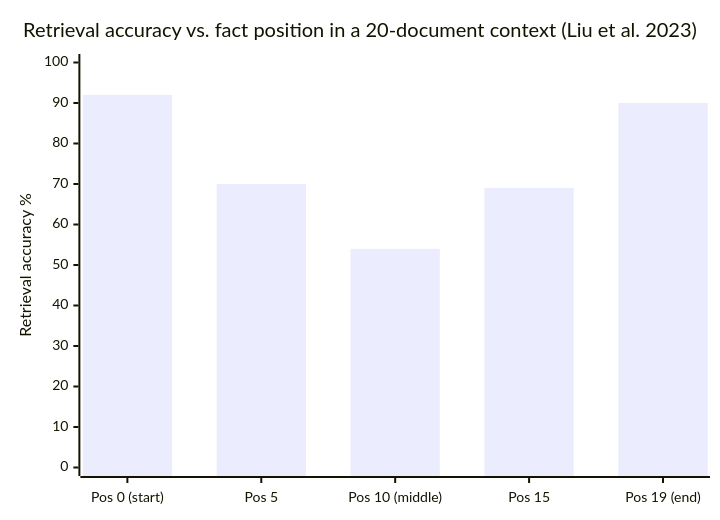
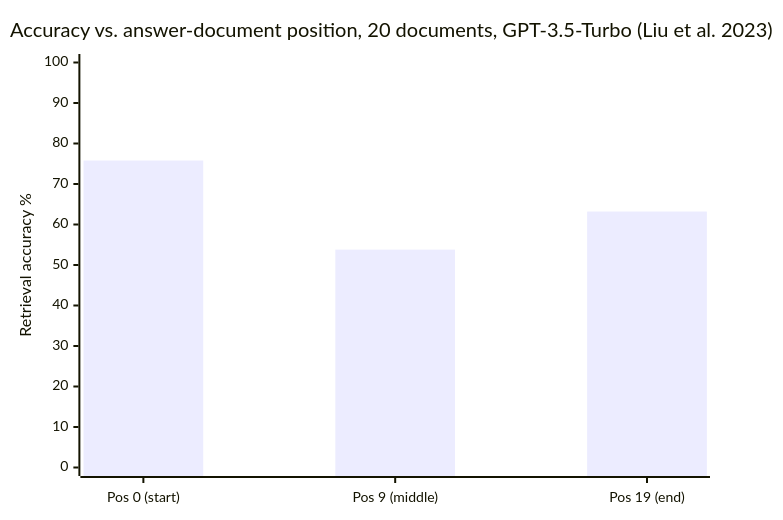
One commit to rppol/system-design changed the second of 3 diagrams in src/main/java/com/rutik/systemdesign/llm/context_windows_and_long_context/README.md. Above: the diagram before and after it, drawn with Mermaid. The commit also changed other lines of this file and 113 other files, not shown here.

````diff
--- a/src/main/java/com/rutik/systemdesign/llm/context_windows_and_long_context/README.md
+++ b/src/main/java/com/rutik/systemdesign/llm/context_windows_and_long_context/README.md
@@ -384,7 +386,7 @@
 ```mermaid
 xychart-beta
-    title "Retrieval accuracy vs. fact position in a 20-document context (Liu et al. 2023)"
-    x-axis ["Pos 0 (start)", "Pos 5", "Pos 10 (middle)", "Pos 15", "Pos 19 (end)"]
+    title "Accuracy vs. answer-document position, 20 documents, GPT-3.5-Turbo (Liu et al. 2023)"
+    x-axis ["Pos 0 (start)", "Pos 9 (middle)", "Pos 19 (end)"]
     y-axis "Retrieval accuracy %" 0 --> 100
-    bar [92, 70, 54, 69, 90]
+    bar [75.8, 53.8, 63.2]
 ```
````
